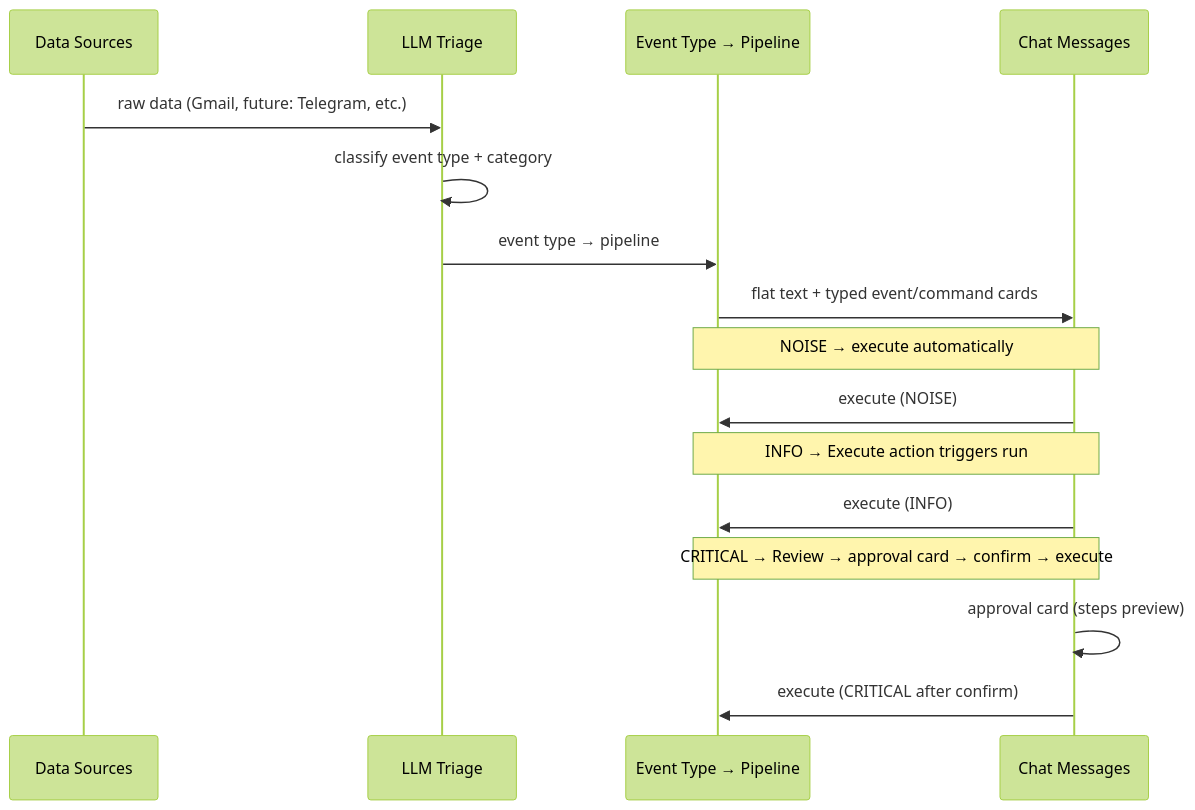
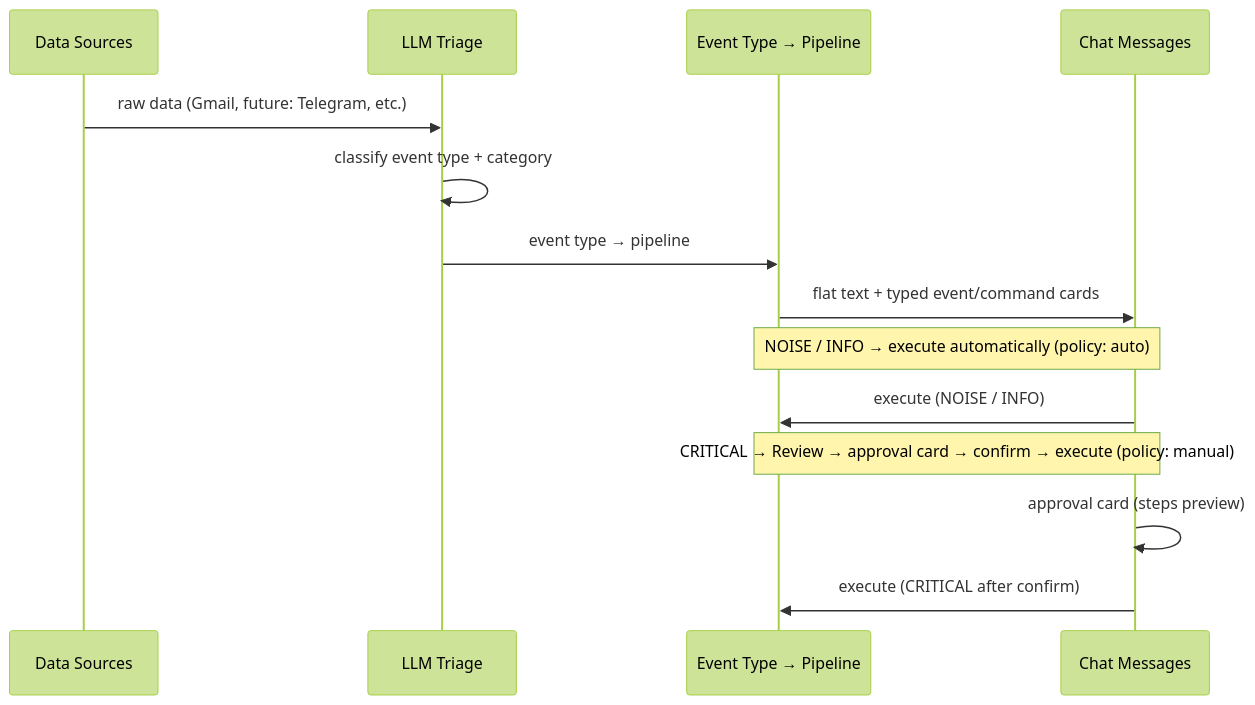
One commit to cypherkitty/me-ai changed the second of 2 diagrams in .cursor/rules/architecture.md. Above: the diagram before and after it, drawn with Mermaid (forest theme). The commit also changed other lines of this file and 114 other files, not shown here.

````diff
--- a/.cursor/rules/architecture.md
+++ b/.cursor/rules/architecture.md
@@ -96,22 +95,19 @@
 ```mermaid
 sequenceDiagram
     participant Sources as Data Sources
     participant Triage as LLM Triage
     participant Pipeline as Event Type → Pipeline
     participant Chat as Chat Messages
 
     Sources->>Triage: raw data (Gmail, future: Telegram, etc.)
     Triage->>Triage: classify event type + category
     Triage->>Pipeline: event type → pipeline
     Pipeline->>Chat: flat text + typed event/command cards
 
-    Note over Chat,Pipeline: NOISE → execute automatically
-    Chat->>Pipeline: execute (NOISE)
+    Note over Chat,Pipeline: NOISE / INFO → execute automatically (policy: auto)
+    Chat->>Pipeline: execute (NOISE / INFO)
 
-    Note over Chat,Pipeline: INFO → Execute action triggers run
-    Chat->>Pipeline: execute (INFO)
-
-    Note over Chat,Pipeline: CRITICAL → Review → approval card → confirm → execute
+    Note over Chat,Pipeline: CRITICAL → Review → approval card → confirm → execute (policy: manual)
     Chat->>Chat: approval card (steps preview)
     Chat->>Pipeline: execute (CRITICAL after confirm)
 ```
````
